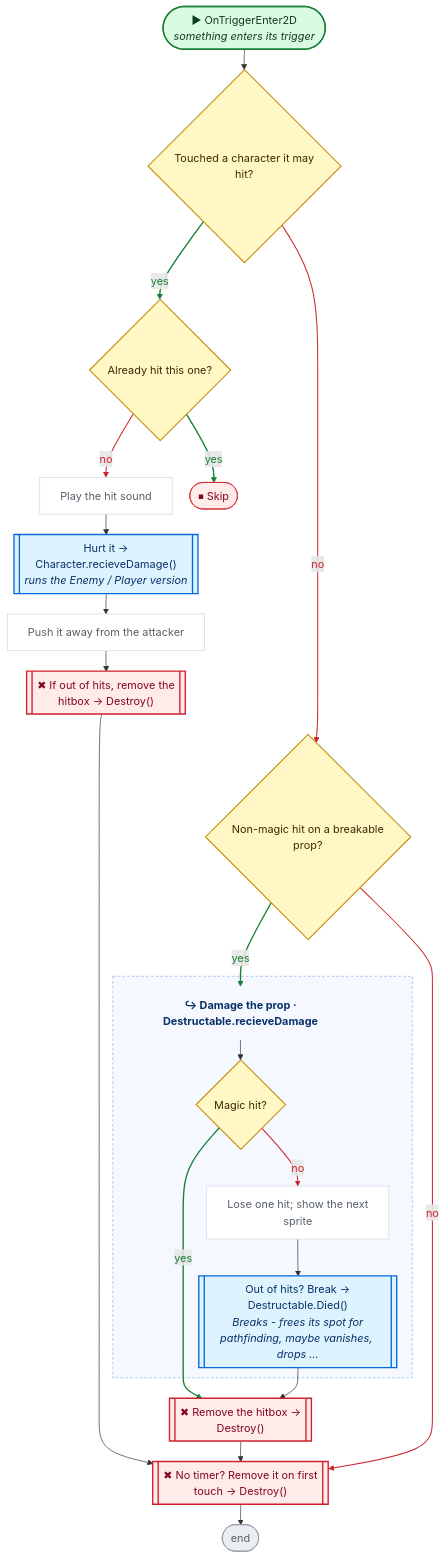
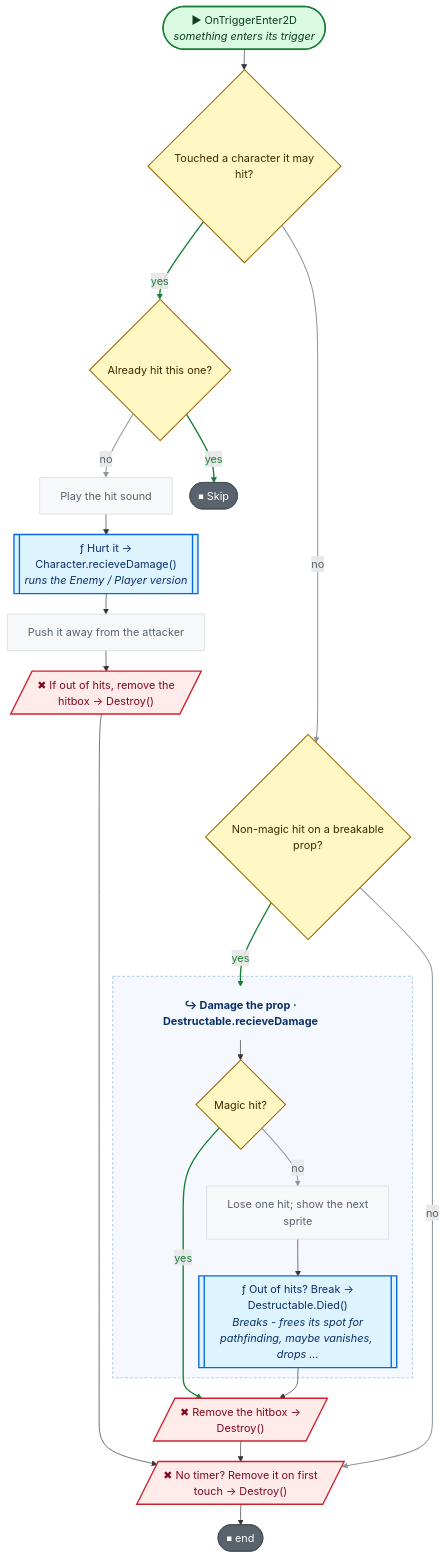
One commit to nataiai/Lord-of-the-Dungeon changed the fourth of 4 diagrams in CodeGraph~/graph/HitBox.cs.md. Above: the diagram before and after it, drawn with Mermaid. The commit also changed other lines of this file and 57 other files, not shown here.

````diff
--- a/CodeGraph~/graph/HitBox.cs.md
+++ b/CodeGraph~/graph/HitBox.cs.md
@@ -168,82 +170,82 @@
 ```mermaid
 ---
 config:
   flowchart:
     wrappingWidth: 260
     nodeSpacing: 26
     rankSpacing: 30
 ---
 flowchart TD
   nS(["▶ OnTriggerEnter2D<br><i>something enters its trigger</i>"])
   n0d68c1{"Touched a character it may<br>hit?"}
   ne2ac55{"Already hit this one?"}
   n87f62c["Play the hit sound"]
-  nb94866[["Hurt it →<br>Character.recieveDamage()<br><i>runs the Enemy / Player version</i>"]]
+  nb94866[["ƒ Hurt it →<br>Character.recieveDamage()<br><i>runs the Enemy / Player version</i>"]]
   na8b982["Push it away from the attacker"]
-  n4b577e[["✖ If out of hits, remove the<br>hitbox → Destroy()"]]
+  n4b577e[/"✖ If out of hits, remove the<br>hitbox → Destroy()"/]
   n7d1471{"Non-magic hit on a breakable<br>prop?"}
   nefeac6_h["↪ Damage the prop ·<br>Destructable.recieveDamage"]
   nefeac6_n129e7b{"Magic hit?"}
   nefeac6_n9ada94["Lose one hit; show the next<br>sprite"]
-  nefeac6_n300dd8[["Out of hits? Break →<br>Destructable.Died()<br><i>Breaks - frees its spot for</i><br><i>pathfinding, maybe vanishes, drops …</i>"]]
-  nbee12d[["✖ Remove the hitbox →<br>Destroy()"]]
-  nc17712[["✖ No timer? Remove it on first<br>touch → Destroy()"]]
-  nE(["end"])
+  nefeac6_n300dd8[["ƒ Out of hits? Break →<br>Destructable.Died()<br><i>Breaks - frees its spot for</i><br><i>pathfinding, maybe vanishes, drops …</i>"]]
+  nbee12d[/"✖ Remove the hitbox →<br>Destroy()"/]
+  nc17712[/"✖ No timer? Remove it on first<br>touch → Destroy()"/]
+  nE(["⏹ end"])
   nb2e4fc(["⏹ Skip"])
   subgraph nefeac6_g[" "]
     nefeac6_h
     nefeac6_n129e7b
     nefeac6_n9ada94
     nefeac6_n300dd8
   end
   style nefeac6_g fill:#f5f9ff,stroke:#8cb4e8,stroke-dasharray:4 3,color:#0a3069
   nS --> n0d68c1
   n0d68c1 -->|yes| ne2ac55
   ne2ac55 -->|no| n87f62c
   ne2ac55 -->|yes| nb2e4fc
   n87f62c --> nb94866
   nb94866 --> na8b982
   na8b982 --> n4b577e
   n4b577e ~~~ n7d1471
   n0d68c1 -->|no| n7d1471
   n7d1471 -->|yes| nefeac6_h
   n4b577e --> nc17712
   nbee12d --> nc17712
   n7d1471 -->|no| nc17712
   nc17712 --> nE
   nefeac6_h --> nefeac6_n129e7b
   nefeac6_n129e7b -->|no| nefeac6_n9ada94
   nefeac6_n129e7b -->|yes| nbee12d
   nefeac6_n9ada94 --> nefeac6_n300dd8
   nefeac6_n300dd8 --> nbee12d
   linkStyle 1 stroke:#1a7f37,stroke-width:2px,color:#1a7f37
-  linkStyle 2 stroke:#cf222e,stroke-width:1.5px,color:#cf222e
+  linkStyle 2 stroke:#8c959f,stroke-width:1.5px,color:#59636e
   linkStyle 3 stroke:#1a7f37,stroke-width:2px,color:#1a7f37
-  linkStyle 8 stroke:#cf222e,stroke-width:1.5px,color:#cf222e
+  linkStyle 8 stroke:#8c959f,stroke-width:1.5px,color:#59636e
   linkStyle 9 stroke:#1a7f37,stroke-width:2px,color:#1a7f37
-  linkStyle 12 stroke:#cf222e,stroke-width:1.5px,color:#cf222e
-  linkStyle 15 stroke:#cf222e,stroke-width:1.5px,color:#cf222e
+  linkStyle 12 stroke:#8c959f,stroke-width:1.5px,color:#59636e
+  linkStyle 15 stroke:#8c959f,stroke-width:1.5px,color:#59636e
   linkStyle 16 stroke:#1a7f37,stroke-width:2px,color:#1a7f37
   classDef unity fill:#dafbe1,stroke:#1a7f37,stroke-width:2px,color:#0f3d1d
   classDef start fill:#dafbe1,stroke:#1a7f37,stroke-width:2px,color:#0f3d1d
-  classDef calc fill:#ffffff,stroke:#d0d7de,color:#57606a
+  classDef calc fill:#f6f8fa,stroke:#d1d9e0,color:#59636e
   classDef calls fill:#ddf4ff,stroke:#0969da,stroke-width:2px,color:#0a3069
-  classDef ext fill:#ddf4ff,stroke:#0969da,stroke-width:2px,stroke-dasharray:5 3,color:#0a3069
-  classDef cond fill:#fff8c5,stroke:#bf8700,stroke-width:1.5px,color:#3d2a00
-  classDef loop fill:#f6f8fa,stroke:#57606a,color:#1f2328
-  classDef exit fill:#ffebe9,stroke:#cf222e,color:#82071e
+  classDef ext fill:#f6f8fa,stroke:#59636e,stroke-width:1.5px,stroke-dasharray:5 5,color:#1f2328
+  classDef cond fill:#fff8c5,stroke:#9a6700,stroke-width:1.5px,color:#3d2a00
+  classDef loop fill:#fff8c5,stroke:#9a6700,color:#3d2a00
+  classDef wait fill:#fff8c5,stroke:#9a6700,color:#3d2a00
+  classDef exit fill:#59636e,stroke:#424a53,color:#ffffff
+  classDef fin fill:#59636e,stroke:#424a53,color:#ffffff
+  classDef act fill:#ffffff,stroke:#59636e,stroke-width:1.5px,color:#1f2328
   classDef kill fill:#ffebe9,stroke:#cf222e,stroke-width:2px,color:#82071e
-  classDef spawn fill:#dafbe1,stroke:#1a7f37,stroke-width:2px,color:#0f3d1d
-  classDef wait fill:#fff1e5,stroke:#bc4c00,color:#4d1d00
-  classDef fin fill:#eaeef2,stroke:#8c959f,color:#57606a
   classDef join fill:#d0d7de,stroke:#8c959f,color:#57606a
   classDef ghdr fill:#f5f9ff,stroke:#f5f9ff,color:#0a3069,font-weight:bold
   class n87f62c,na8b982,nefeac6_n9ada94 calc
   class nb94866,nefeac6_n300dd8 calls
   class n0d68c1,ne2ac55,n7d1471,nefeac6_n129e7b cond
   class nb2e4fc exit
   class nE fin
   class nefeac6_h ghdr
   class n4b577e,nbee12d,nc17712 kill
   class nS unity
 ```
````
